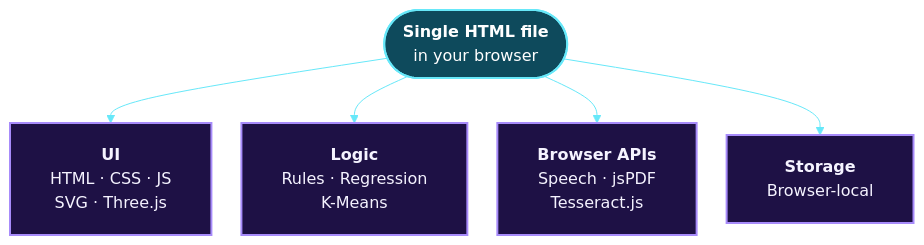
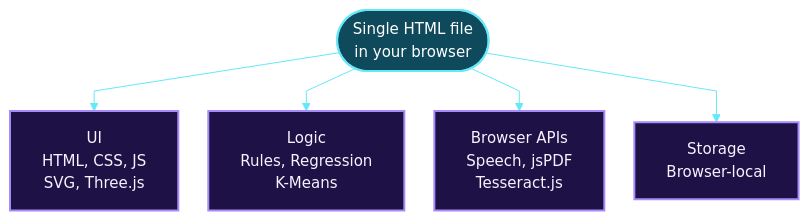
Diagram 16 of 17 in README.md (Mansi232323/MANSHORA), drawn with Mermaid before and after one commit. The commit also changed other lines of this file, not shown here.

````diff
--- a/README.md
+++ b/README.md
@@ -470,13 +624,13 @@
 ```mermaid
-%%{init: {'theme':'base','themeVariables':{'fontSize':'16px','fontFamily':'Arial, Helvetica, sans-serif','lineColor':'#67e8f9'},'flowchart':{'htmlLabels':true,'nodeSpacing':30,'rankSpacing':45,'padding':20,'wrappingWidth':260}}}%%
+%%{init: {'theme':'base','themeVariables':{'fontSize':'15px','fontFamily':'Arial, Helvetica, sans-serif','primaryColor':'#1e1145','primaryTextColor':'#f5f3ff','primaryBorderColor':'#a78bfa','lineColor':'#67e8f9','textColor':'#f5f3ff','edgeLabelBackground':'#1e1145'},'flowchart':{'htmlLabels':true,'nodeSpacing':30,'rankSpacing':40,'padding':16,'curve':'linear'}}}%%
 flowchart TB
-    B(["<b>Single HTML file</b><br/>in your browser"])
-    B --> U["<b>UI</b><br/>HTML · CSS · JS<br/>SVG · Three.js"]
-    B --> L["<b>Logic</b><br/>Rules · Regression<br/>K-Means"]
-    B --> A["<b>Browser APIs</b><br/>Speech · jsPDF<br/>Tesseract.js"]
-    B --> S["<b>Storage</b><br/>Browser-local"]
+    B(["Single HTML file<br/>in your browser"])
+    B --> U["UI<br/>HTML, CSS, JS<br/>SVG, Three.js"]
+    B --> L["Logic<br/>Rules, Regression<br/>K-Means"]
+    B --> A["Browser APIs<br/>Speech, jsPDF<br/>Tesseract.js"]
+    B --> S["Storage<br/>Browser-local"]
     classDef core fill:#0e4a5c,stroke:#67e8f9,stroke-width:2px,color:#ffffff
     classDef n fill:#1e1145,stroke:#a78bfa,stroke-width:2px,color:#f5f3ff
     class B core
     class U,L,A,S n
 ```
````
